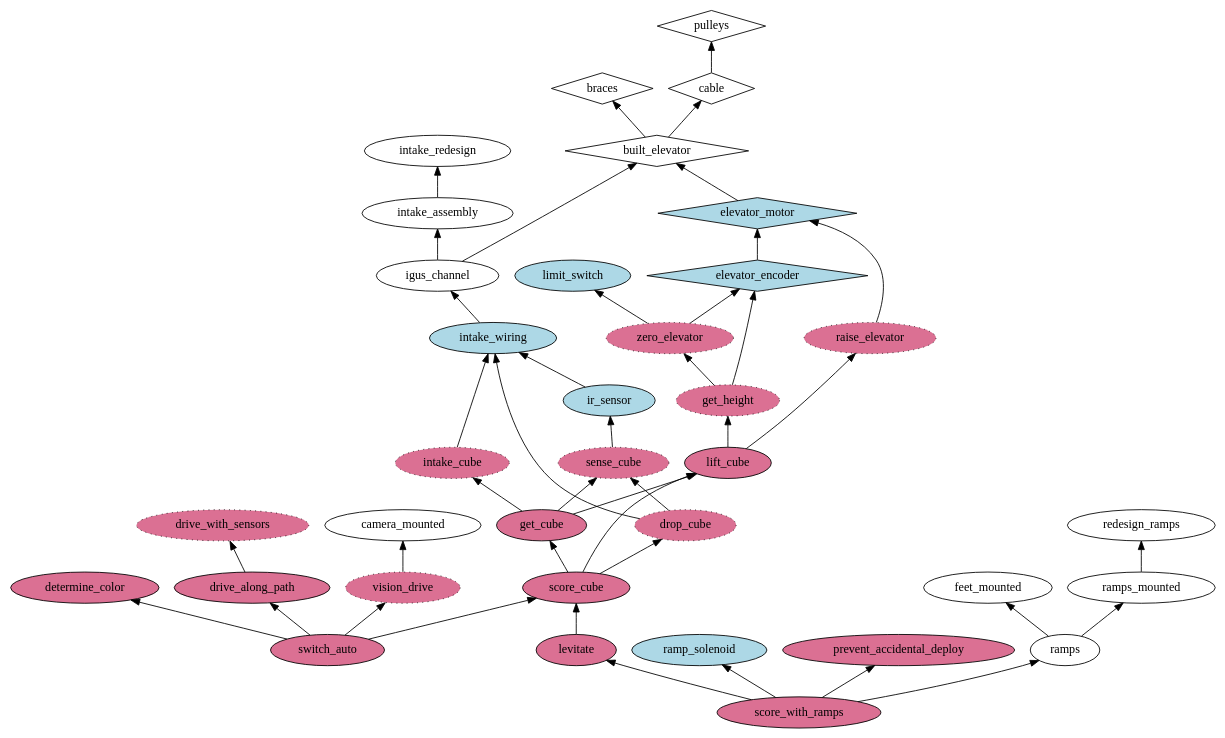
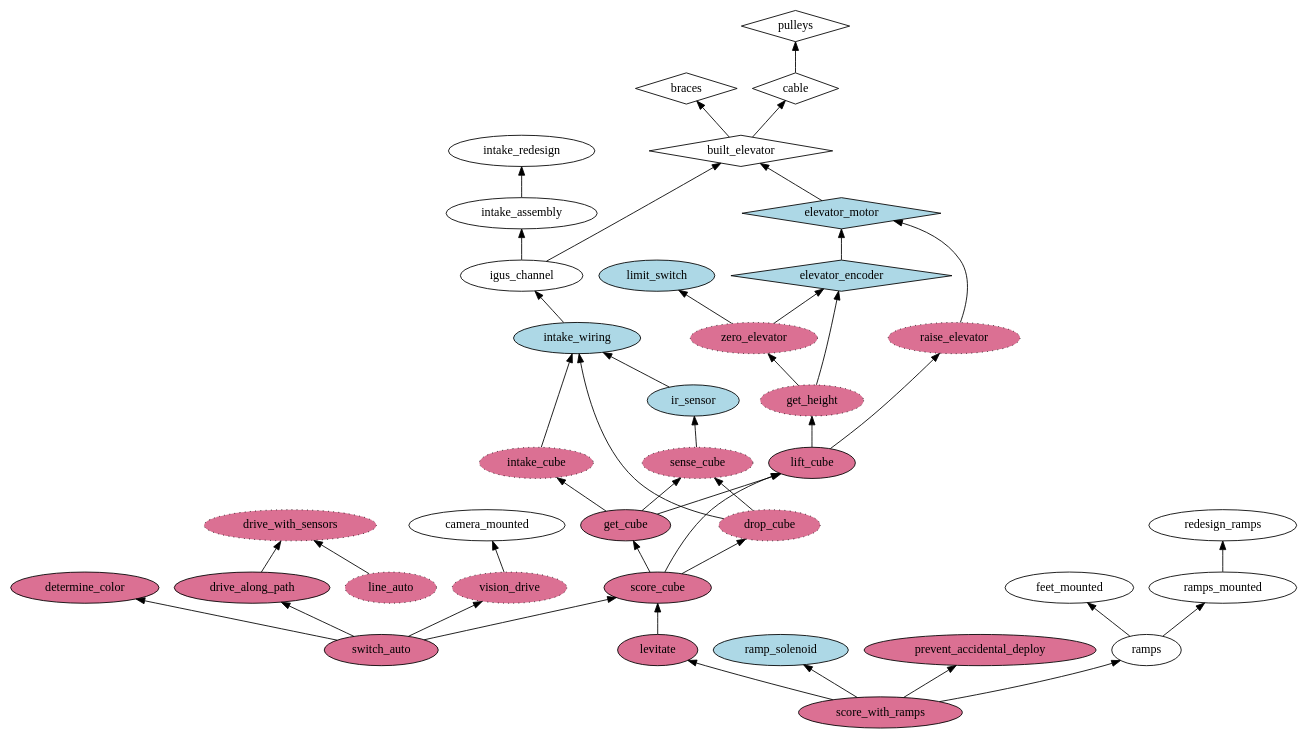
One commit to AmpdRobotics/PowerUp changed the diagram in powerupDependencyGraph.dot. Above: the diagram before and after it, drawn with Graphviz.

Commit message:
Missed some changes

```diff
--- a/powerupDependencyGraph.dot
+++ b/powerupDependencyGraph.dot
@@ -1,73 +1,75 @@
 digraph g {
 	rankdir=BT
 	ordering=out
 	subgraph complete {
 		node[shape=diamond]
 		pulleys; cable; braces; built_elevator;
 	}
 	subgraph complete_electrical {
 		node[style=filled, fillcolor=lightblue, shape=diamond]
 		elevator_motor; elevator_encoder;
 	}
 	subgraph complete_programming {
 		node[style=filled, fillcolor=palevioletred, shape=diamond]
 	}
 	subgraph untested_programming {
 		node[style="filled,dotted", fillcolor=palevioletred]
 		sense_cube; drop_cube; raise_elevator; drive_with_sensors;
 		sense_cube; zero_elevator; raise_elevator; get_height; intake_cube;
-		vision_drive;
+		vision_drive; line_auto;
 	}
 	subgraph programming {
 		node[style=filled, fillcolor=palevioletred]
 		score_cube; switch_auto; determine_color;
 		drive_along_path; vision_drive; score_with_ramps;
 		prevent_accidental_deploy; levitate; lift_cube; get_cube;
+		line_auto;
 	}
 	subgraph electrical {
 		node[style=filled, fillcolor=lightblue]
 		intake_wiring; ir_sensor; limit_switch; elevator_encoder; ramp_solenoid
 	}
 
 	score_cube -> get_cube
 	score_cube -> lift_cube
 	score_cube -> drop_cube
 	get_cube -> intake_cube
 	get_cube -> sense_cube
 	get_cube -> lift_cube
 	lift_cube -> get_height
 	lift_cube -> raise_elevator
 	built_elevator -> braces
 	built_elevator -> cable
 	cable -> pulleys
 	raise_elevator -> elevator_motor
 	elevator_motor -> built_elevator
 	get_height -> zero_elevator
 	zero_elevator -> limit_switch
 	get_height -> elevator_encoder
 	elevator_encoder -> elevator_motor
 	zero_elevator -> elevator_encoder
 	intake_cube -> intake_wiring
 	intake_wiring -> igus_channel
 	igus_channel -> intake_assembly
 	igus_channel -> built_elevator
 	intake_assembly -> intake_redesign
 	sense_cube -> ir_sensor
 	ir_sensor -> intake_wiring
 	drop_cube -> intake_wiring
 	drop_cube -> sense_cube
 	switch_auto -> determine_color
 	switch_auto -> drive_along_path
 	switch_auto -> vision_drive
 	switch_auto -> score_cube
+	line_auto -> drive_with_sensors
 	vision_drive -> camera_mounted
 	drive_along_path -> drive_with_sensors
 	score_with_ramps -> levitate
 	score_with_ramps -> ramp_solenoid
 	score_with_ramps -> prevent_accidental_deploy
 	score_with_ramps -> ramps
 	ramps -> feet_mounted
 	ramps -> ramps_mounted
 	ramps_mounted -> redesign_ramps
 	levitate -> score_cube
 }
```
